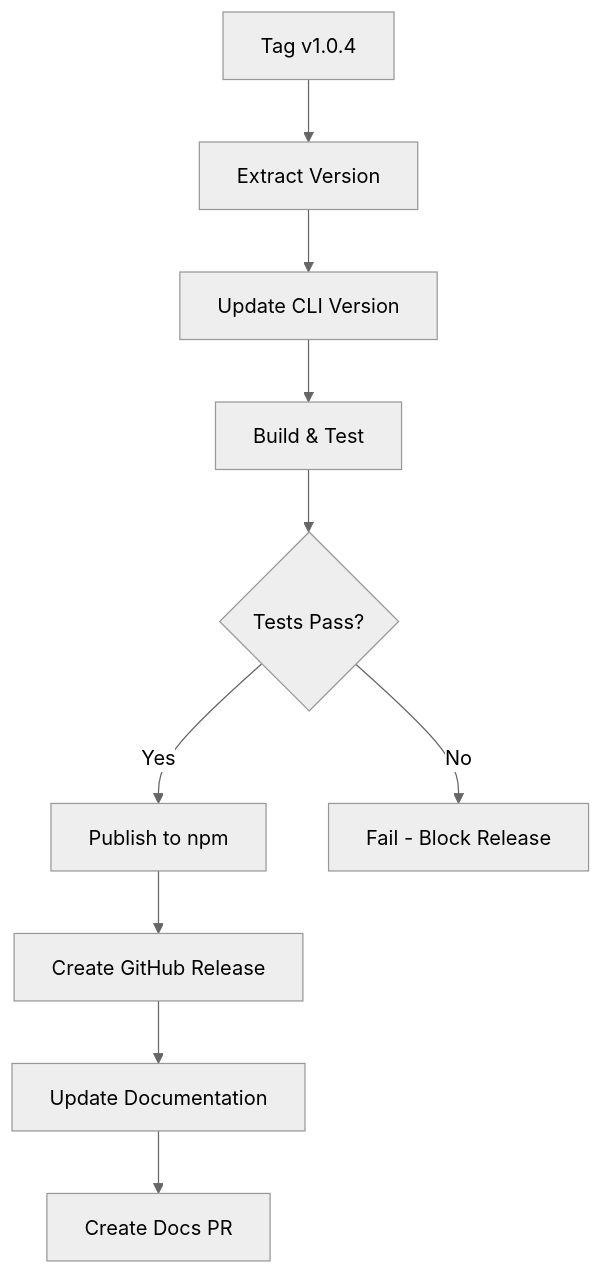
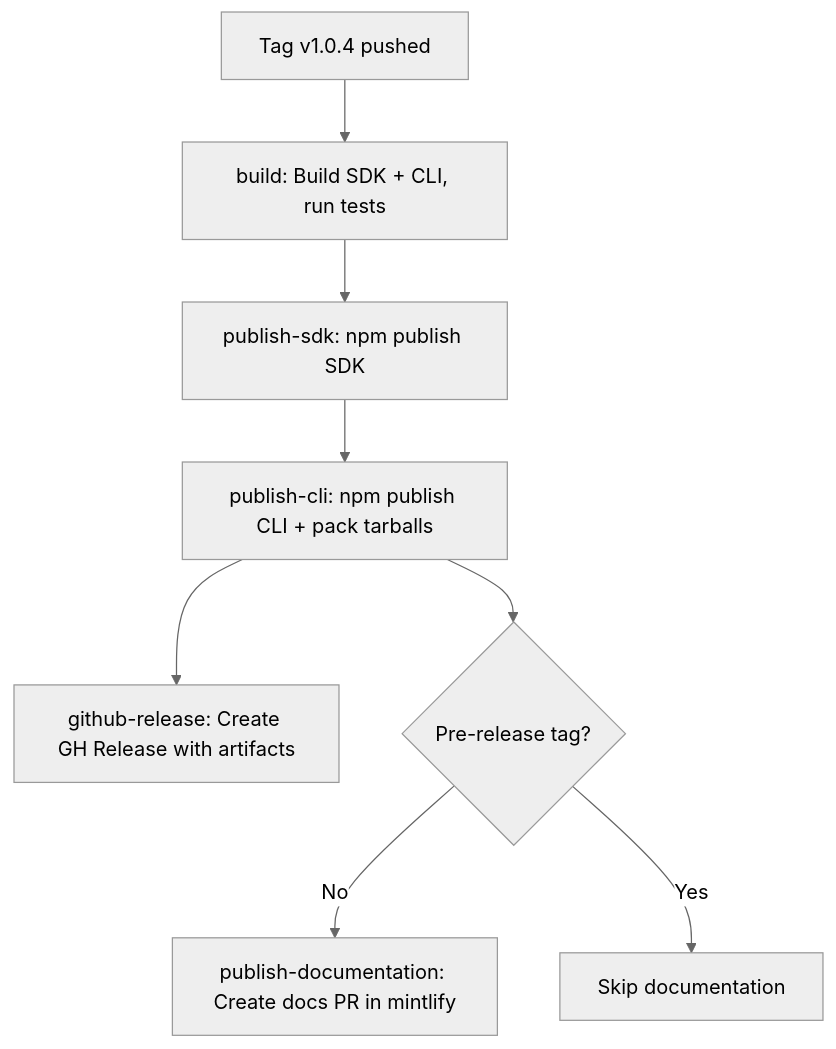
The second of 2 diagrams in GITHUB_ACTIONS_SETUP.md (nevermined-io/payments), drawn with Mermaid (neutral theme) before and after one commit. The commit also changed other lines of this file and 7 other files, not shown here.

````diff
--- a/GITHUB_ACTIONS_SETUP.md
+++ b/GITHUB_ACTIONS_SETUP.md
@@ -75,12 +59,10 @@
 ```mermaid
 graph TD
-    A[Tag v1.0.4] --> B[Extract Version]
-    B --> C[Update CLI Version]
-    C --> D[Build & Test]
-    D --> E{Tests Pass?}
-    E -->|Yes| F[Publish to npm]
-    E -->|No| G[Fail - Block Release]
-    F --> H[Create GitHub Release]
-    H --> I[Update Documentation]
-    I --> J[Create Docs PR]
+    A[Tag v1.0.4 pushed] --> B[build: Build SDK + CLI, run tests]
+    B --> C[publish-sdk: npm publish SDK]
+    C --> D[publish-cli: npm publish CLI + pack tarballs]
+    D --> E[github-release: Create GH Release with artifacts]
+    D --> F{Pre-release tag?}
+    F -->|No| G[publish-documentation: Create docs PR in mintlify]
+    F -->|Yes| H[Skip documentation]
 ```
````
